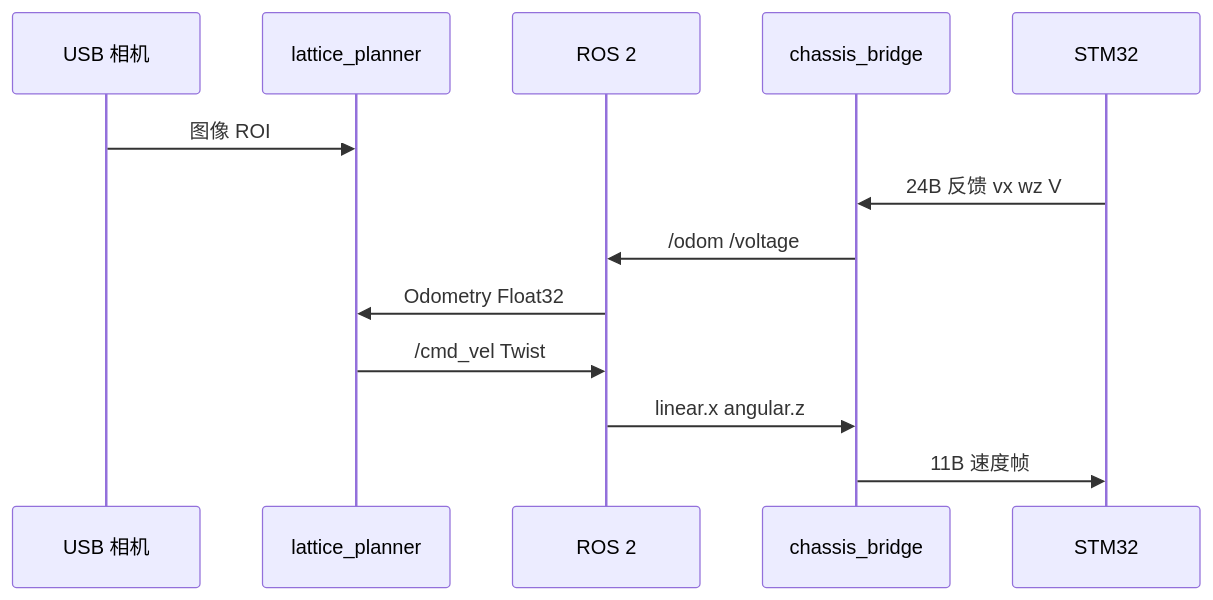
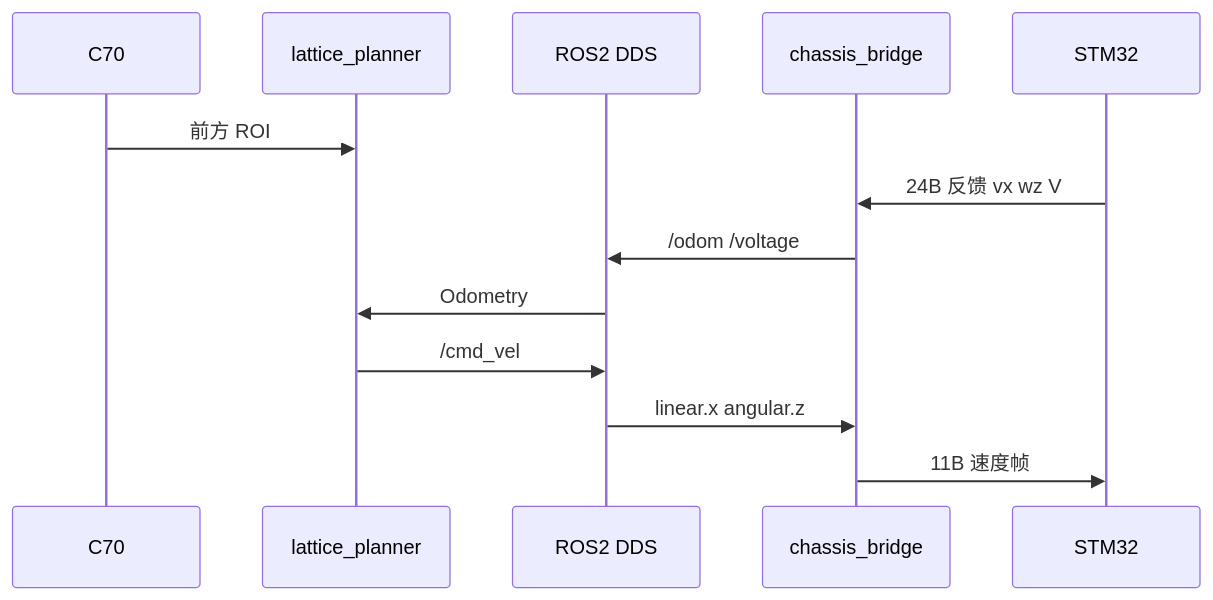
Before and after one commit to Leo-7GOAT/FalconPlan: the second of 2 diagrams in README.md, drawn with Mermaid. The commit also changed other lines of this file and 33 other files, not shown here.

````diff
--- a/README.md
+++ b/README.md
@@ -121,15 +100,15 @@
 ```mermaid
 sequenceDiagram
-  participant Cam as USB 相机
+  participant Cam as C70
   participant Plan as lattice_planner
-  participant Topic as ROS 2
+  participant Topic as ROS2 DDS
   participant Bridge as chassis_bridge
   participant Car as STM32
-  Cam->>Plan: 图像 ROI
+  Cam->>Plan: 前方 ROI
   Car->>Bridge: 24B 反馈 vx wz V
   Bridge->>Topic: /odom /voltage
-  Topic->>Plan: Odometry Float32
-  Plan->>Topic: /cmd_vel Twist
-  Topic->>Bridge: linear.x angular.z
+  Topic->>Plan: Odometry
+  Plan->>Topic: /cmd_vel
+  Topic->>Bridge: linear.x  angular.z
   Bridge->>Car: 11B 速度帧
 ```
````
